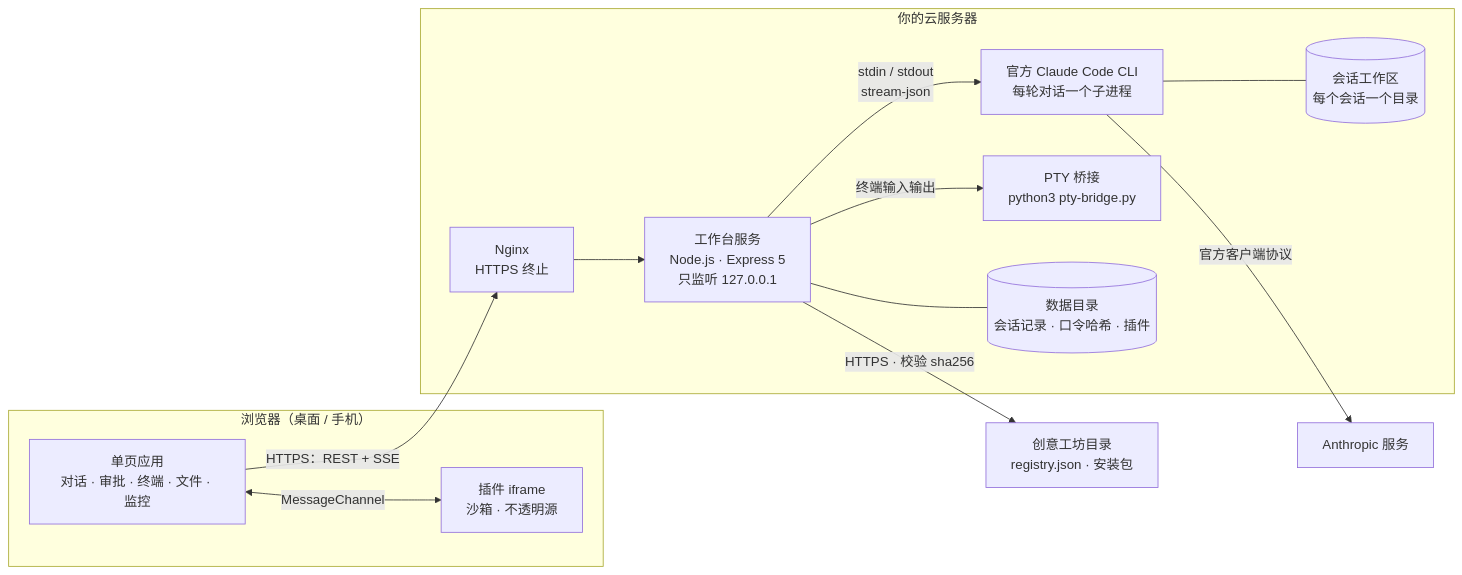
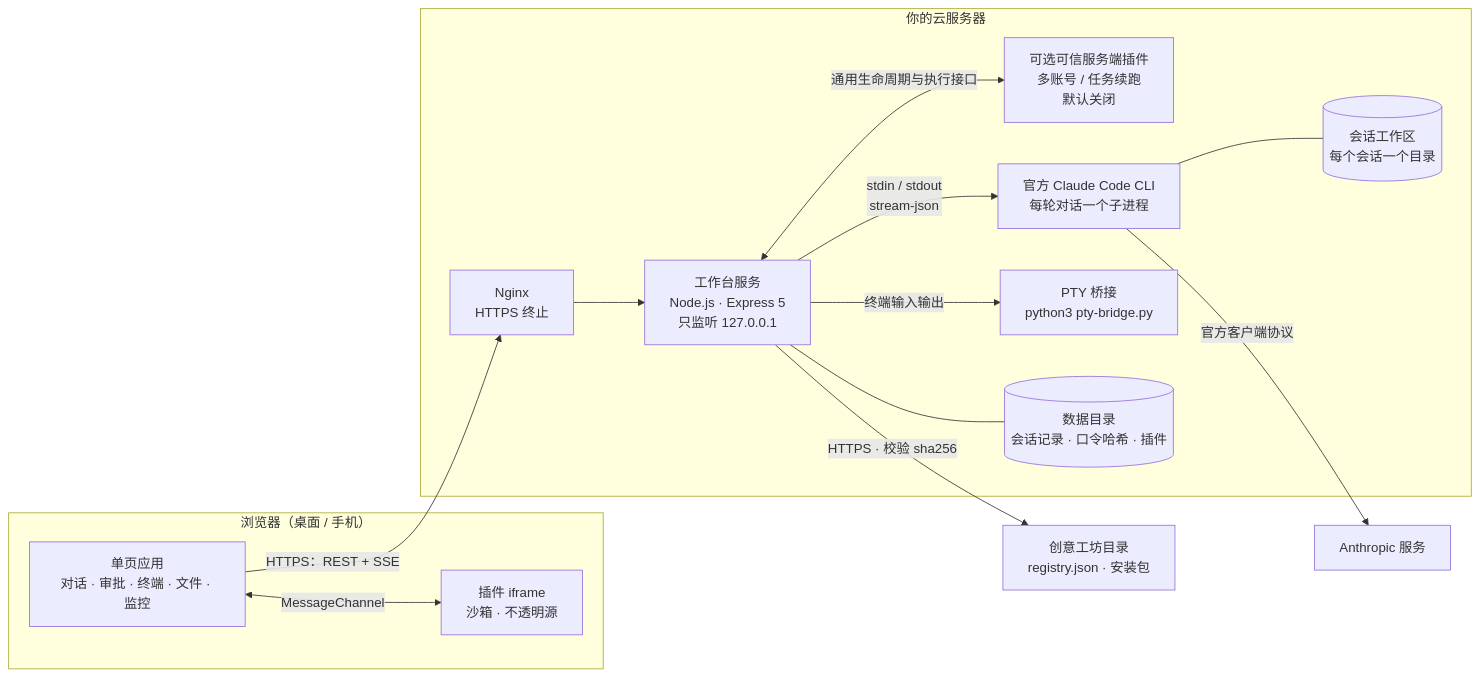
The first of 3 diagrams in docs/ARCHITECTURE.md (Myr168185608/fusheng-kelaude-workbench), drawn with Mermaid before and after one commit. The commit also changed other lines of this file and 44 other files, not shown here.

````diff
--- a/docs/ARCHITECTURE.md
+++ b/docs/ARCHITECTURE.md
@@ -16,26 +18,28 @@
 ```mermaid
 flowchart LR
   subgraph Browser["浏览器（桌面 / 手机）"]
     UI["单页应用<br/>对话 · 审批 · 终端 · 文件 · 监控"]
     PLG["插件 iframe<br/>沙箱 · 不透明源"]
   end
   subgraph Host["你的云服务器"]
     NGX["Nginx<br/>HTTPS 终止"]
     WB["工作台服务<br/>Node.js · Express 5<br/>只监听 127.0.0.1"]
+    EXT["可选可信服务端插件<br/>多账号 / 任务续跑<br/>默认关闭"]
     CLI["官方 Claude Code CLI<br/>每轮对话一个子进程"]
     PTY["PTY 桥接<br/>python3 pty-bridge.py"]
     DATA[("数据目录<br/>会话记录 · 口令哈希 · 插件")]
     WS[("会话工作区<br/>每个会话一个目录")]
   end
   API["Anthropic 服务"]
   SHOP["创意工坊目录<br/>registry.json · 安装包"]
 
   UI -- "HTTPS：REST + SSE" --> NGX --> WB
   WB -- "stdin / stdout<br/>stream-json" --> CLI
   CLI -- "官方客户端协议" --> API
   WB -- "终端输入输出" --> PTY
   WB --- DATA
+  WB <-->|通用生命周期与执行接口| EXT
   CLI --- WS
   UI <-->|MessageChannel| PLG
   WB -- "HTTPS · 校验 sha256" --> SHOP
 ```
````
